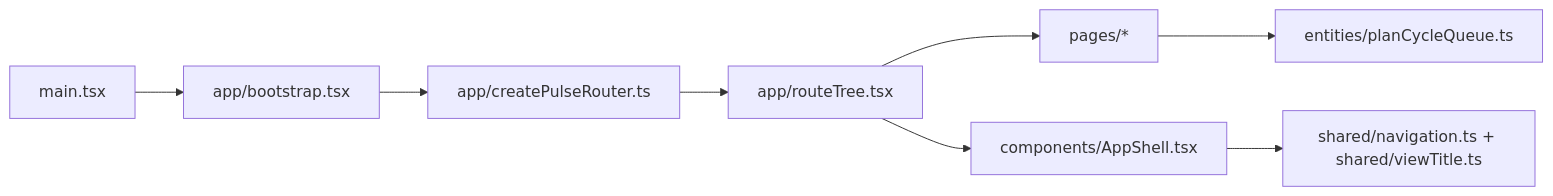
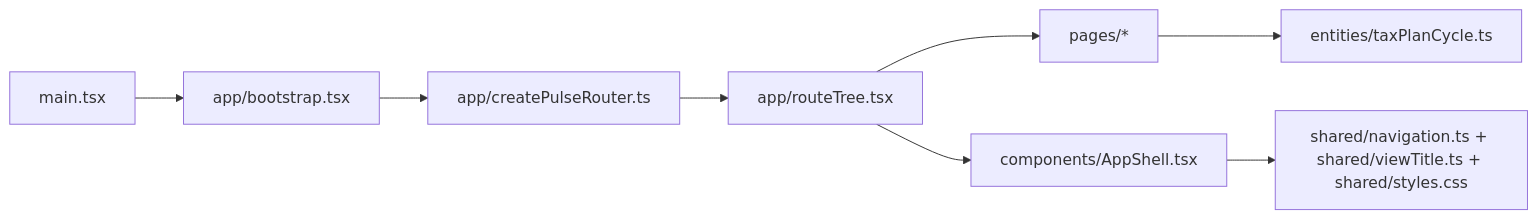
The diagram in adr/0020-pulse-ui-layered-application-structure.md (Topher05/tax-pulse-project-1), drawn with Mermaid before and after one commit. The commit also changed 18 other files, not shown here.

````diff
--- a/adr/0020-pulse-ui-layered-application-structure.md
+++ b/adr/0020-pulse-ui-layered-application-structure.md
@@ -27,10 +27,10 @@
 ```mermaid
 flowchart LR
     Main[main.tsx] --> Bootstrap[app/bootstrap.tsx]
     Bootstrap --> Router[app/createPulseRouter.ts]
     Router --> RouteTree[app/routeTree.tsx]
     RouteTree --> Pages[pages/*]
     RouteTree --> Shell[components/AppShell.tsx]
-    Shell --> Shared[shared/navigation.ts + shared/viewTitle.ts]
-    Pages --> Entities[entities/planCycleQueue.ts]
+    Shell --> Shared[shared/navigation.ts + shared/viewTitle.ts + shared/styles.css]
+    Pages --> Entities[entities/taxPlanCycle.ts]
 ```
````
